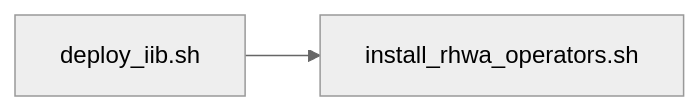
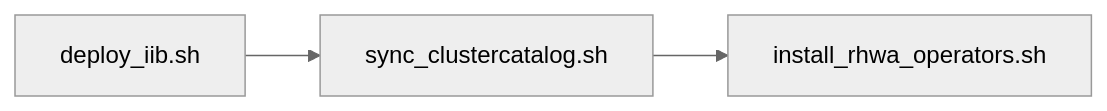
Before and after one commit to medik8s/tools: the diagram in docs/rhwa_cluster_setup_workflow.md, drawn with Mermaid (neutral theme). The commit also changed other lines of this file and 3 other files, not shown here.

First line of the commit message:
Revert OLM v1 support from deploy_iib.sh

````diff
--- a/docs/rhwa_cluster_setup_workflow.md
+++ b/docs/rhwa_cluster_setup_workflow.md
@@ -7,4 +7,5 @@
 ```mermaid
 flowchart LR
-  A[deploy_iib.sh] --> B[install_rhwa_operators.sh]
+  A[deploy_iib.sh] --> B[sync_clustercatalog.sh]
+  B --> C[install_rhwa_operators.sh]
 ```
````
